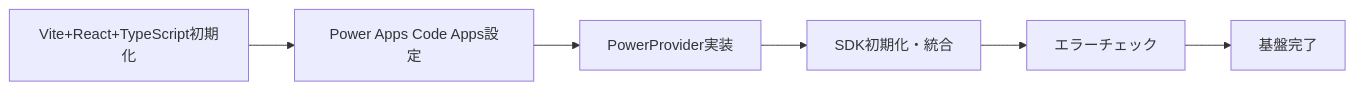
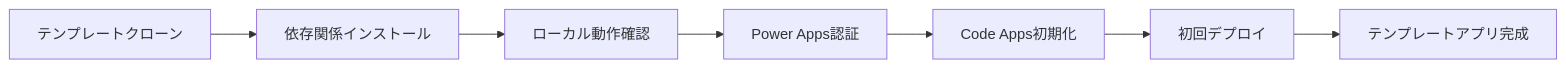
The diagram in PHASE1_PROJECT_SETUP.md (PLUG365/DecisionFlow), drawn with Mermaid before and after one commit. The commit also changed other lines of this file and 7 other files, not shown here.

````diff
--- a/PHASE1_PROJECT_SETUP.md
+++ b/PHASE1_PROJECT_SETUP.md
@@ -46,8 +51,9 @@
 ```mermaid
 graph LR
-    A[Vite+React+TypeScript初期化] --> B[Power Apps Code Apps設定]
-    B --> C[PowerProvider実装]
-    C --> D[SDK初期化・統合]
-    D --> E[エラーチェック]
-    E --> F[基盤完了]
+    A[テンプレートクローン] --> B[依存関係インストール]
+    B --> C[ローカル動作確認]
+    C --> D[Power Apps認証]
+    D --> E[Code Apps初期化]
+    E --> F[初回デプロイ]
+    F --> G[テンプレートアプリ完成]
 ```
````
